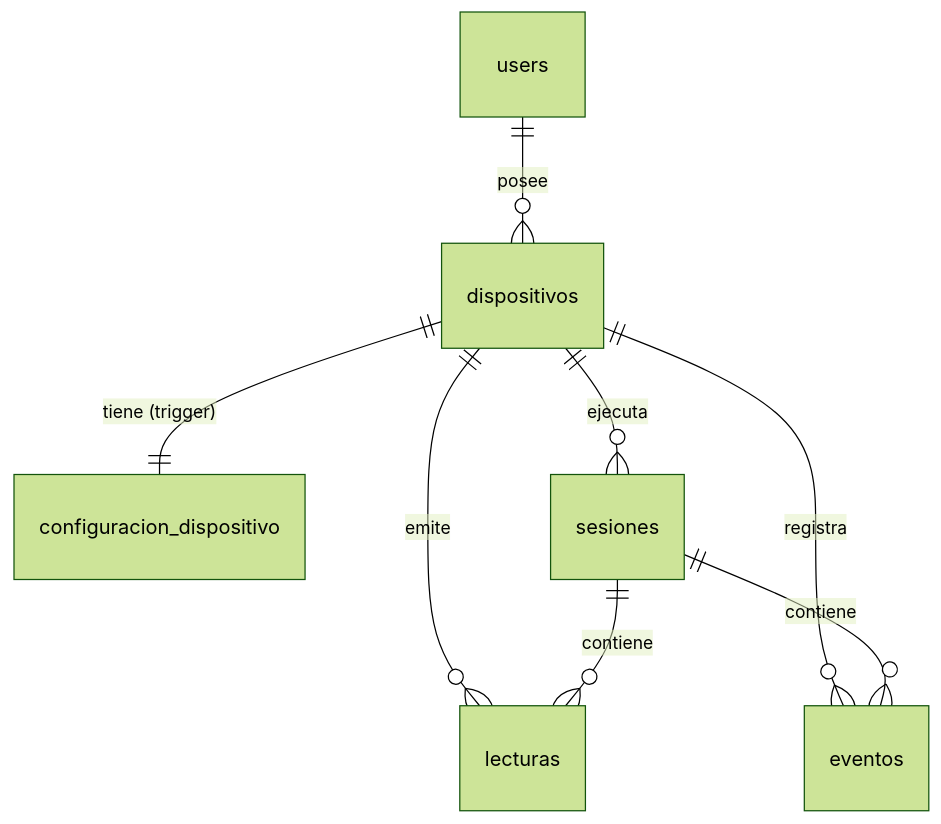
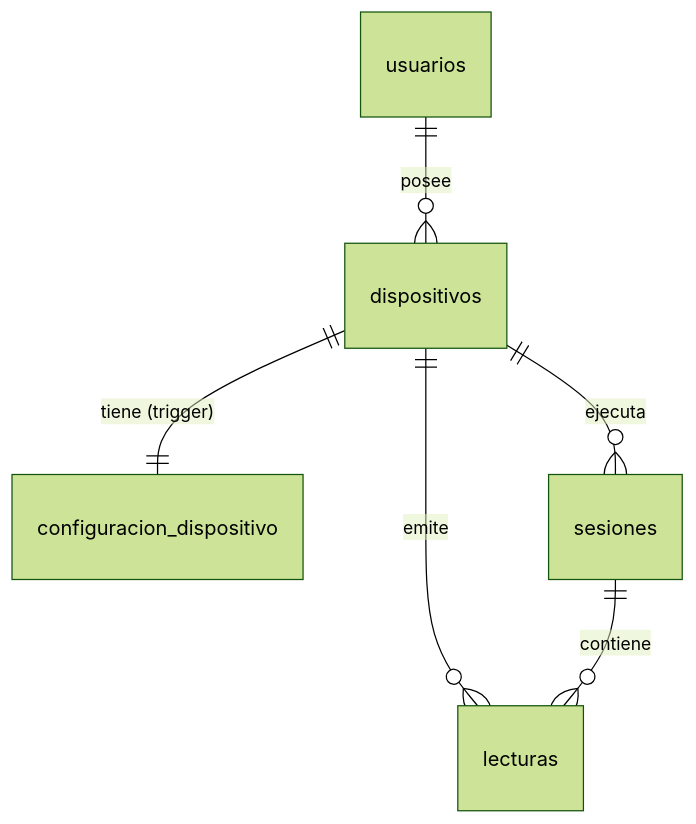
Before and after one commit to alvaro-tc/iot_dashboard: the second of 4 diagrams in docs/diseno/uml-bd.md, drawn with Mermaid (forest theme). The commit also changed other lines of this file and 60 other files, not shown here.

````diff
--- a/docs/diseno/uml-bd.md
+++ b/docs/diseno/uml-bd.md
@@ -109,10 +78,8 @@
 ```mermaid
 erDiagram
-  users ||--o{ dispositivos : "posee"
+  usuarios ||--o{ dispositivos : "posee"
   dispositivos ||--|| configuracion_dispositivo : "tiene (trigger)"
   dispositivos ||--o{ sesiones : "ejecuta"
   dispositivos ||--o{ lecturas : "emite"
-  dispositivos ||--o{ eventos : "registra"
   sesiones ||--o{ lecturas : "contiene"
-  sesiones ||--o{ eventos : "contiene"
 ```
````
